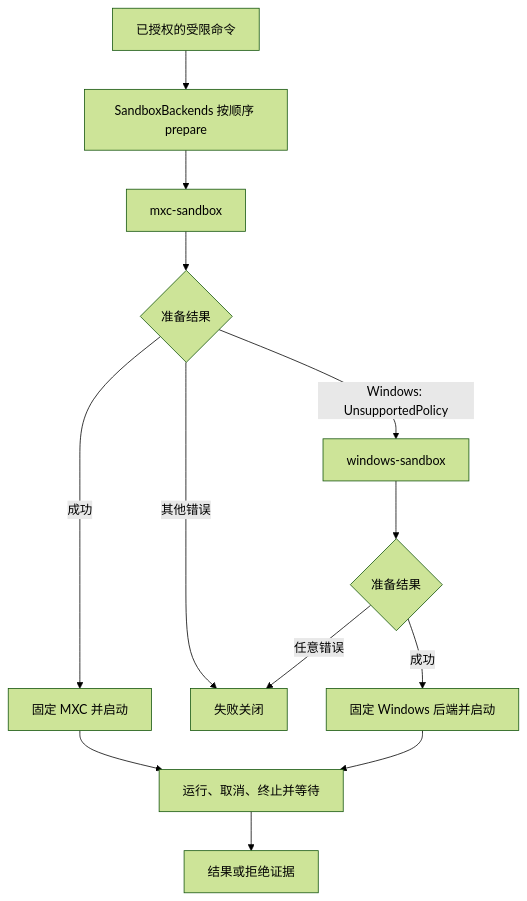
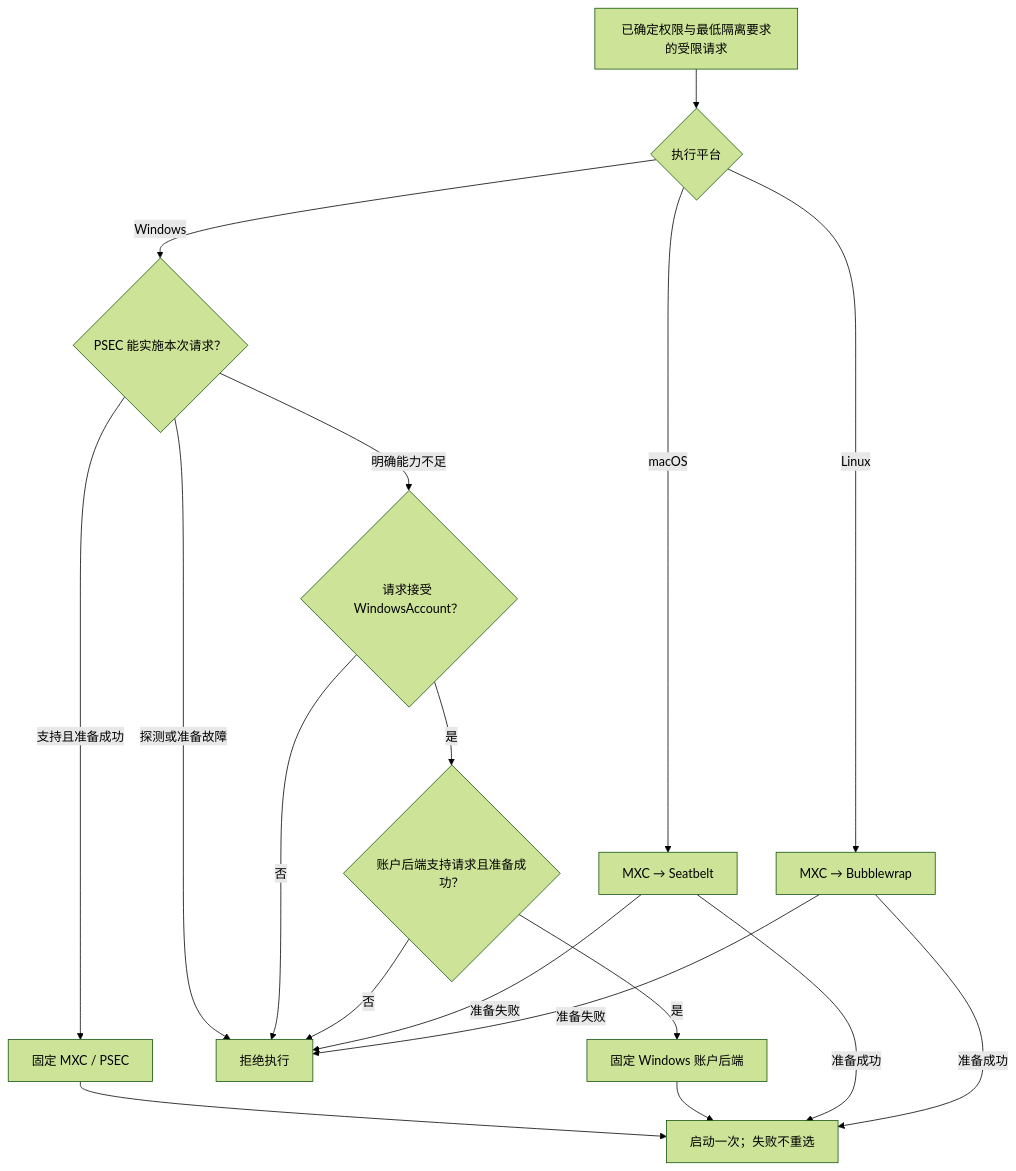
One commit to chogng/zeta changed the diagram in zeta-rs/docs/mxc-sandbox-windows-fallback.md. Above: the diagram before and after it, drawn with Mermaid (forest theme). The commit also changed other lines of this file and 2 other files, not shown here.

Commit message:
Document MXC and Windows sandbox alignment requirements

````diff
--- a/zeta-rs/docs/mxc-sandbox-windows-fallback.md
+++ b/zeta-rs/docs/mxc-sandbox-windows-fallback.md
@@ -51,15 +79,20 @@
 ```mermaid
 flowchart TD
-    request["已授权的受限命令"] --> prepare["SandboxBackends 按顺序 prepare"]
-    prepare --> mxc["mxc-sandbox"]
-    mxc --> mxc_result{"准备结果"}
-    mxc_result -- "成功" --> mxc_launch["固定 MXC 并启动"]
-    mxc_result -- "Windows: UnsupportedPolicy" --> win["windows-sandbox"]
-    mxc_result -- "其他错误" --> stop["失败关闭"]
-    win --> win_result{"准备结果"}
-    win_result -- "成功" --> win_launch["固定 Windows 后端并启动"]
-    win_result -- "任意错误" --> stop
-    mxc_launch --> running["运行、取消、终止并等待"]
-    win_launch --> running
-    running --> result["结果或拒绝证据"]
+    request["已确定权限与最低隔离要求的受限请求"] --> platform{"执行平台"}
+    platform -- "macOS" --> seatbelt["MXC → Seatbelt"]
+    platform -- "Linux" --> bubblewrap["MXC → Bubblewrap"]
+    platform -- "Windows" --> psec{"PSEC 能实施本次请求？"}
+    psec -- "支持且准备成功" --> mxc["固定 MXC / PSEC"]
+    psec -- "明确能力不足" --> model{"请求接受 WindowsAccount？"}
+    psec -- "探测或准备故障" --> stop["拒绝执行"]
+    model -- "否" --> stop
+    model -- "是" --> account{"账户后端支持请求且准备成功？"}
+    account -- "否" --> stop
+    account -- "是" --> windows["固定 Windows 账户后端"]
+    seatbelt -- "准备失败" --> stop
+    bubblewrap -- "准备失败" --> stop
+    mxc --> launch["启动一次；失败不重选"]
+    windows --> launch
+    seatbelt -- "准备成功" --> launch
+    bubblewrap -- "准备成功" --> launch
 ```
````
